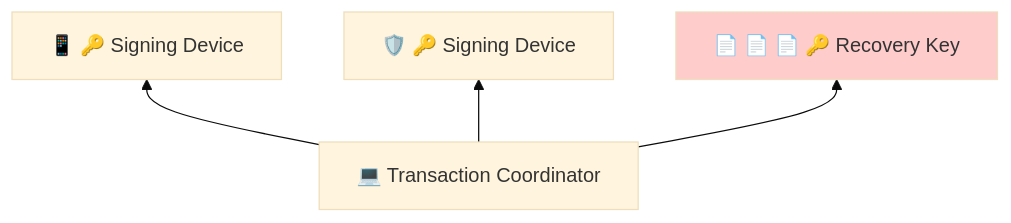
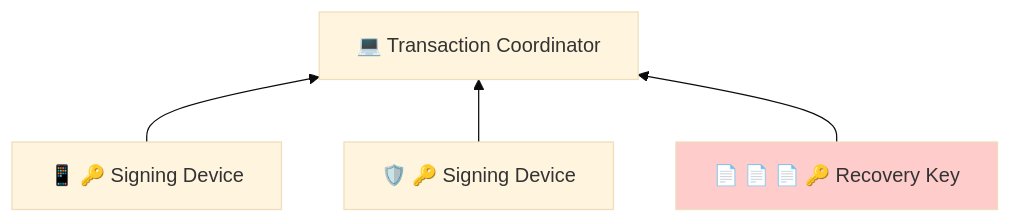
Before and after one commit to BlockchainCommons/SmartCustody: the first of 16 diagrams in Docs/Scenario-Multisig.md, drawn with Mermaid.

````diff
--- a/Docs/Scenario-Multisig.md
+++ b/Docs/Scenario-Multisig.md
@@ -18,13 +18,13 @@
 ```mermaid
 %%{init: {'theme': 'base', 'themeVariables': { 'fontSize': '50'}}}%%
     graph BT;
     A["💻 Transaction Coordinator"]
     B["📱 🔑 Signing Device"]
     C["🛡️ 🔑 Signing Device"]
     D["📄 📄 📄 🔑 Recovery Key"]
-    A-->B;
-    A-->C;
-    A-->D;
+    B-->A;
+    C-->A;
+    D-->A;
     
 style D fill:#ffcccc;
 ```
````
